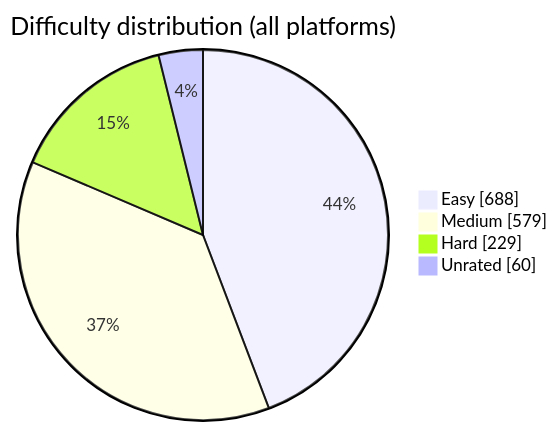
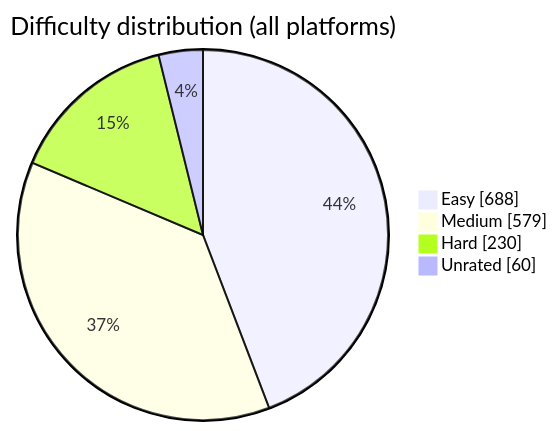
The diagram in README.md (BuildbyArindam/Daily-Coding-Log), drawn with Mermaid before and after one commit. The commit also changed other lines of this file, not shown here.

````diff
--- a/README.md
+++ b/README.md
@@ -93,7 +93,7 @@
 ```mermaid
 pie showData title Difficulty distribution (all platforms)
     "Easy" : 688
     "Medium" : 579
-    "Hard" : 229
+    "Hard" : 230
     "Unrated" : 60
 ```
````
